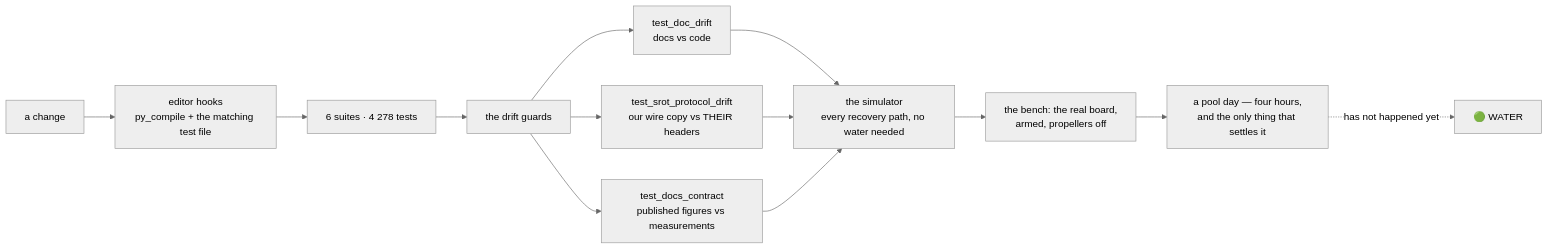
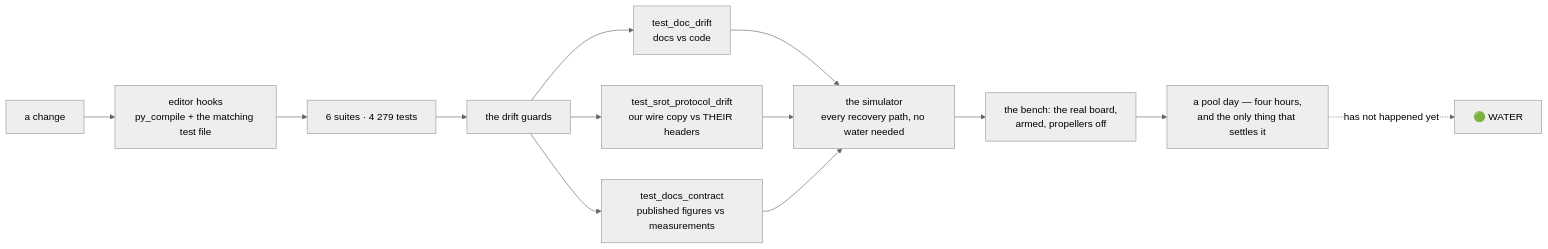
One commit to fh1m/mongla_ws changed the ninth of 10 diagrams in README.md. Above: the diagram before and after it, drawn with Mermaid (neutral theme). The commit also changed other lines of this file and 5 other files, not shown here.

````diff
--- a/README.md
+++ b/README.md
@@ -752,15 +752,15 @@
 ```mermaid
 flowchart LR
     DEV["a change"] --> HOOK["editor hooks<br/>py_compile + the matching test file"]
-    HOOK --> UNIT["6 suites · 4 278 tests"]
+    HOOK --> UNIT["6 suites · 4 279 tests"]
     UNIT --> GUARD["the drift guards"]
     GUARD --> G1["test_doc_drift<br/>docs vs code"]
     GUARD --> G2["test_srot_protocol_drift<br/>our wire copy vs THEIR headers"]
     GUARD --> G3["test_docs_contract<br/>published figures vs measurements"]
     G1 --> SIM["the simulator<br/>every recovery path, no water needed"]
     G2 --> SIM
     G3 --> SIM
     SIM --> BENCH["the bench: the real board,<br/>armed, propellers off"]
     BENCH --> POOL["a pool day — four hours,<br/>and the only thing that settles it"]
     POOL -.->|"has not happened yet"| WATER["🟢 WATER"]
 ```
````
